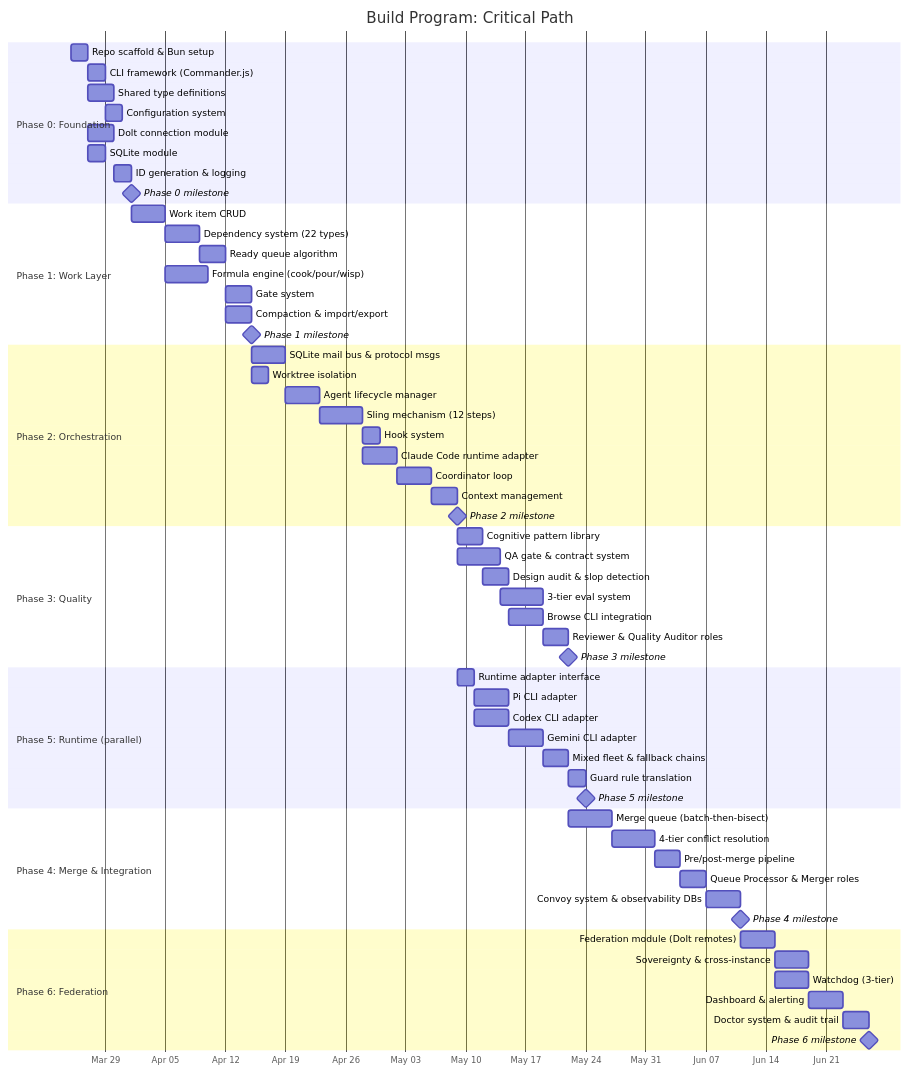
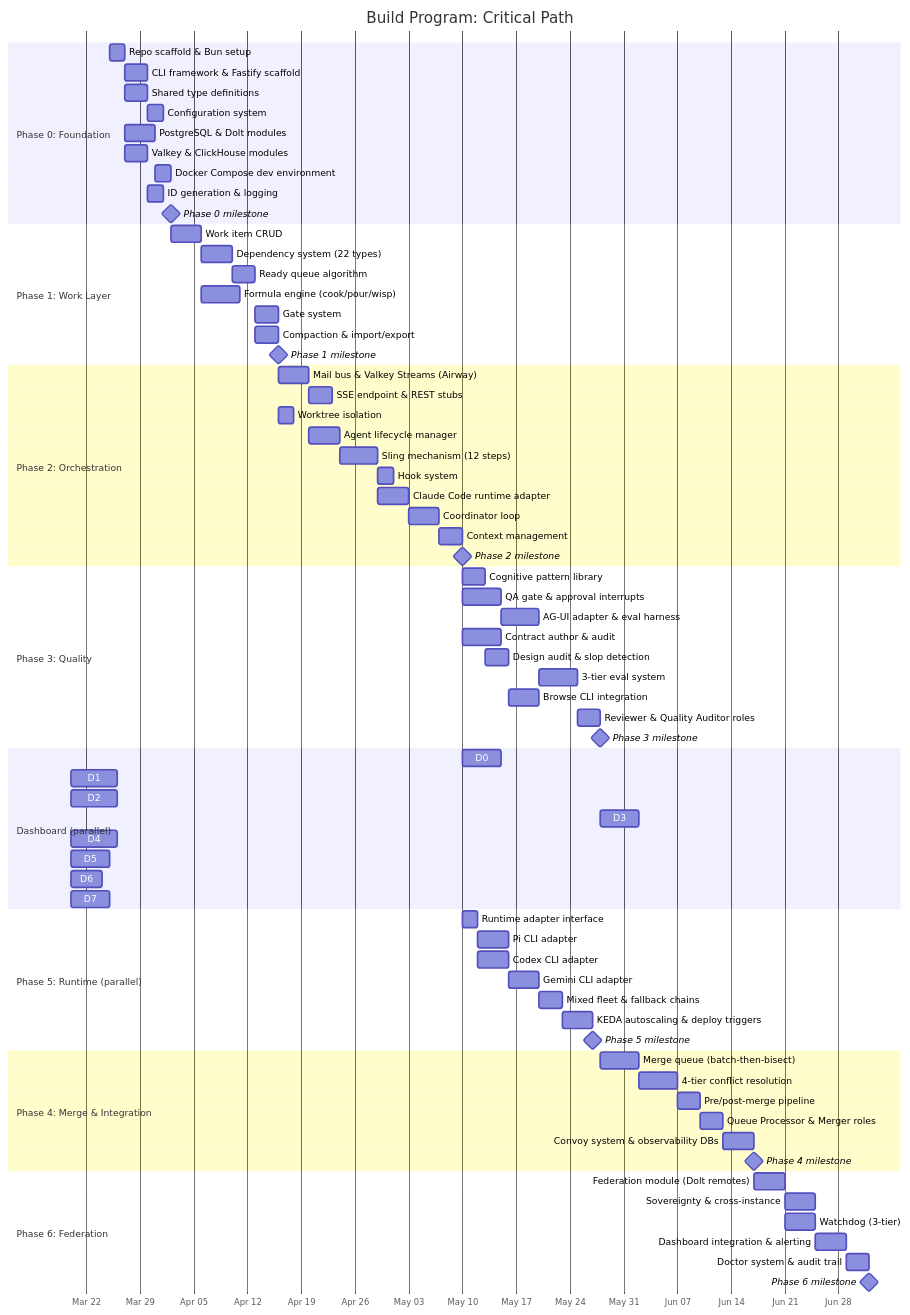
Before and after one commit to ivy00johns/AllTheSkillsAlTheAgents: the diagram in plans/the-future/spec/16-build-program.md, drawn with Mermaid. The commit also changed other lines of this file and 6 other files, not shown here.

First line of the commit message:
feat: add API/UI layer specs, update architecture for service-hosted

````diff
--- a/plans/the-future/spec/16-build-program.md
+++ b/plans/the-future/spec/16-build-program.md
@@ -344,13 +433,14 @@
 
     section Phase 0: Foundation
     Repo scaffold & Bun setup          :p0a, 2026-03-25, 2d
-    CLI framework (Commander.js)        :p0b, after p0a, 2d
+    CLI framework & Fastify scaffold   :p0b, after p0a, 3d
     Shared type definitions             :p0c, after p0a, 3d
     Configuration system                :p0d, after p0b, 2d
-    Dolt connection module              :p0e, after p0a, 3d
-    SQLite module                       :p0f, after p0a, 2d
-    ID generation & logging             :p0g, after p0c, 2d
-    Phase 0 milestone                   :milestone, p0m, after p0e p0f p0g p0d, 0d
+    PostgreSQL & Dolt modules           :p0e, after p0a, 4d
+    Valkey & ClickHouse modules         :p0f, after p0a, 3d
+    Docker Compose dev environment      :p0g, after p0e p0f, 2d
+    ID generation & logging             :p0h, after p0c, 2d
+    Phase 0 milestone                   :milestone, p0m, after p0g p0h p0d, 0d
 
     section Phase 1: Work Layer
     Work item CRUD                      :p1a, after p0m, 4d
@@ -362,7 +452,8 @@
     Phase 1 milestone                   :milestone, p1m, after p1e p1f p1d, 0d
 
     section Phase 2: Orchestration
-    SQLite mail bus & protocol msgs     :p2a, after p1m, 4d
+    Mail bus & Valkey Streams (Airway)  :p2a, after p1m, 4d
+    SSE endpoint & REST stubs           :p2aa, after p2a, 3d
     Worktree isolation                  :p2b, after p1m, 2d
     Agent lifecycle manager             :p2c, after p2a, 4d
     Sling mechanism (12 steps)          :p2d, after p2b p2c, 5d
@@ -370,16 +461,28 @@
     Claude Code runtime adapter         :p2f, after p2d, 4d
     Coordinator loop                    :p2g, after p2e p2f, 4d
     Context management                  :p2h, after p2g, 3d
-    Phase 2 milestone                   :milestone, p2m, after p2h, 0d
+    Phase 2 milestone                   :milestone, p2m, after p2h p2aa, 0d
 
     section Phase 3: Quality
     Cognitive pattern library           :p3a, after p2m, 3d
-    QA gate & contract system           :p3b, after p2m, 5d
-    Design audit & slop detection       :p3c, after p3a, 3d
-    3-tier eval system                  :p3d, after p3b, 5d
-    Browse CLI integration              :p3e, after p3c, 4d
-    Reviewer & Quality Auditor roles    :p3f, after p3d p3e, 3d
-    Phase 3 milestone                   :milestone, p3m, after p3f, 0d
+    QA gate & approval interrupts       :p3b, after p2m, 5d
+    AG-UI adapter & eval harness        :p3b2, after p3b, 5d
+    Contract author & audit             :p3c, after p2m, 5d
+    Design audit & slop detection       :p3d, after p3a, 3d
+    3-tier eval system                  :p3e, after p3b2, 5d
+    Browse CLI integration              :p3f, after p3d, 4d
+    Reviewer & Quality Auditor roles    :p3g, after p3e p3f, 3d
+    Phase 3 milestone                   :milestone, p3m, after p3g p3c, 0d
+
+    section Dashboard (parallel)
+    D0: Foundation Shell                :d0, after p2m, 5d
+    D1: Core Visualization              :d1, after d0, 6d
+    D2: Agent Communication             :d2, after d1, 6d
+    D3: Approval & QA Gates             :d3, after d2 p3m, 5d
+    D4: Code Review & Contracts         :d4, after d3, 6d
+    D5: Observability                   :d5, after d4, 5d
+    D6: Extensibility                   :d6, after d5, 4d
+    D7: Dashboard Polish                :d7, after d6, 5d
 
     section Phase 5: Runtime (parallel)
     Runtime adapter interface           :p5a, after p2m, 2d
@@ -387,7 +490,7 @@
     Codex CLI adapter                   :p5c, after p5a, 4d
     Gemini CLI adapter                  :p5d, after p5b, 4d
     Mixed fleet & fallback chains       :p5e, after p5c p5d, 3d
-    Guard rule translation              :p5f, after p5e, 2d
+    KEDA autoscaling & deploy triggers  :p5f, after p5e, 4d
     Phase 5 milestone                   :milestone, p5m, after p5f, 0d
 
     section Phase 4: Merge & Integration
@@ -402,7 +505,7 @@
     Federation module (Dolt remotes)    :p6a, after p4m p5m, 4d
     Sovereignty & cross-instance        :p6b, after p6a, 4d
     Watchdog (3-tier)                   :p6c, after p6a, 4d
-    Dashboard & alerting                :p6d, after p6b p6c, 4d
+    Dashboard integration & alerting    :p6d, after p6b p6c d7, 4d
     Doctor system & audit trail         :p6e, after p6d, 3d
     Phase 6 milestone                   :milestone, p6m, after p6e, 0d
 ```
````
